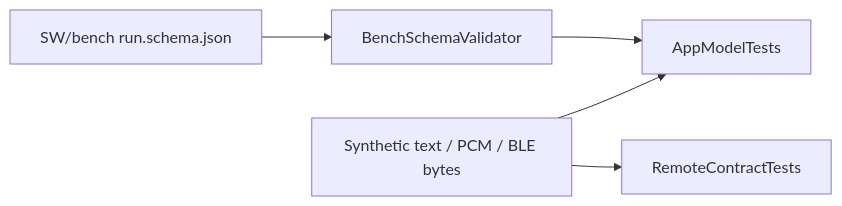
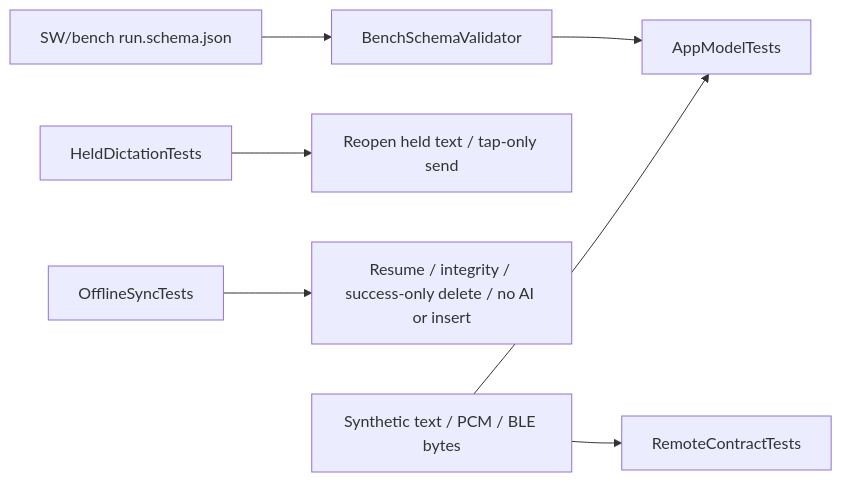
The diagram in SW/ios/Packages/AppModel/Tests/README.md (Harwasch/voiceremote), drawn with Mermaid before and after one commit. The commit also changed other lines of this file and 62 other files, not shown here.

Commit message:
SW: iPhone relay pairing, cloud access, held text and remote sync

````diff
--- a/SW/ios/Packages/AppModel/Tests/README.md
+++ b/SW/ios/Packages/AppModel/Tests/README.md
@@ -1,5 +1,7 @@
 ```mermaid
 flowchart LR
   Fixtures[Synthetic text / PCM / BLE bytes] --> AppModelTests & RemoteContractTests
+  HeldDictationTests --> Restart[Reopen held text / tap-only send]
+  OfflineSyncTests --> Sync[Resume / integrity / success-only delete / no AI or insert]
   Schema[SW/bench run.schema.json] --> BenchSchemaValidator --> AppModelTests
 ```
````
